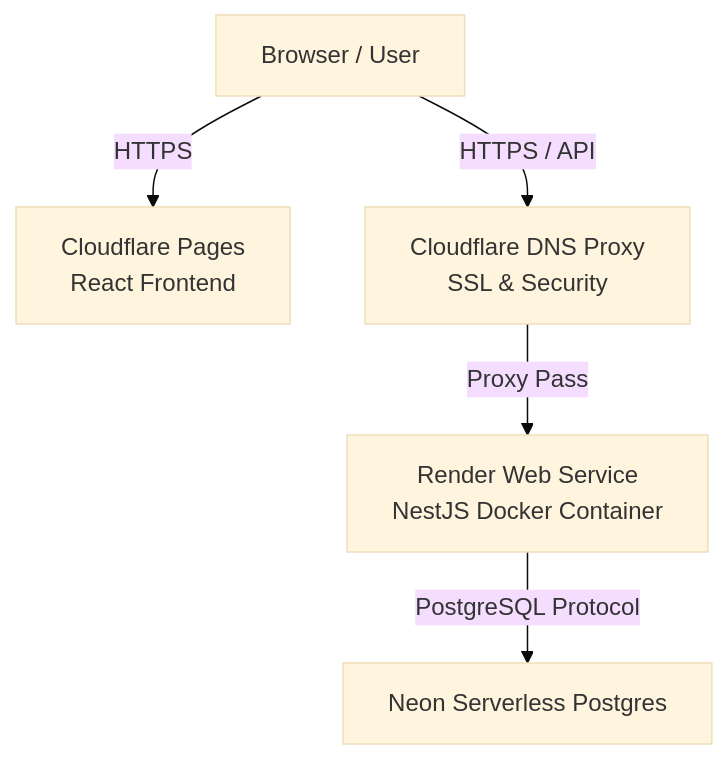
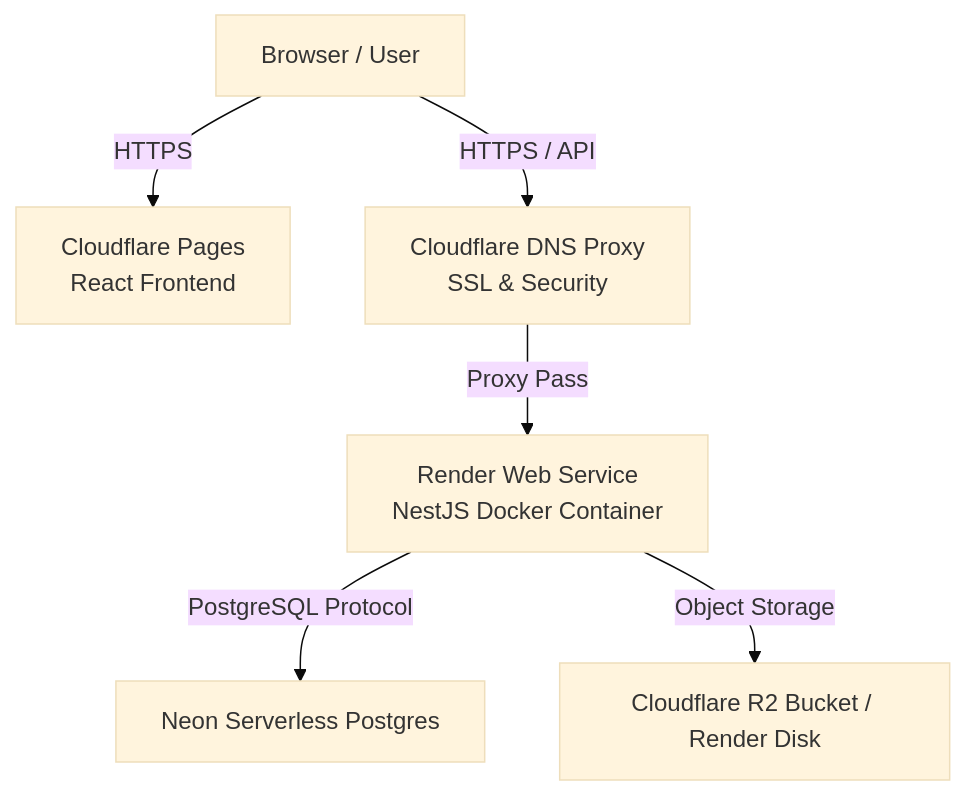
Before and after one commit to lenvthank-source/fmea: the diagram in deployment_guide.md, drawn with Mermaid (base theme). The commit also changed other lines of this file and 1 other file, not shown here.

Commit message:
docs: update deployment guides with storage configurations for Cloudflare R2 and Render Disk fallback

````diff
--- a/deployment_guide.md
+++ b/deployment_guide.md
@@ -15,7 +16,8 @@
 ```mermaid
 graph TD
     Client[Browser / User] -->|HTTPS| Pages[Cloudflare Pages<br/>React Frontend]
     Client -->|HTTPS / API| CFProxy[Cloudflare DNS Proxy<br/>SSL & Security]
     CFProxy -->|Proxy Pass| NodeCompute[Render Web Service<br/>NestJS Docker Container]
     NodeCompute -->|PostgreSQL Protocol| Neon[Neon Serverless Postgres]
+    NodeCompute -->|Object Storage| R2[Cloudflare R2 Bucket / Render Disk]
 ```
````
